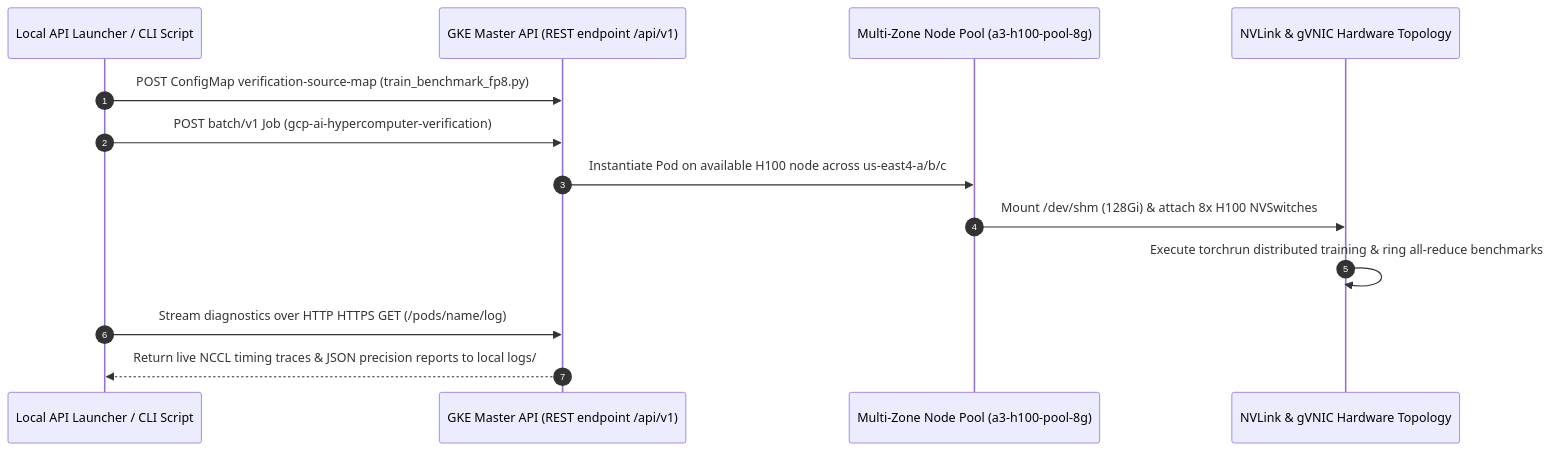
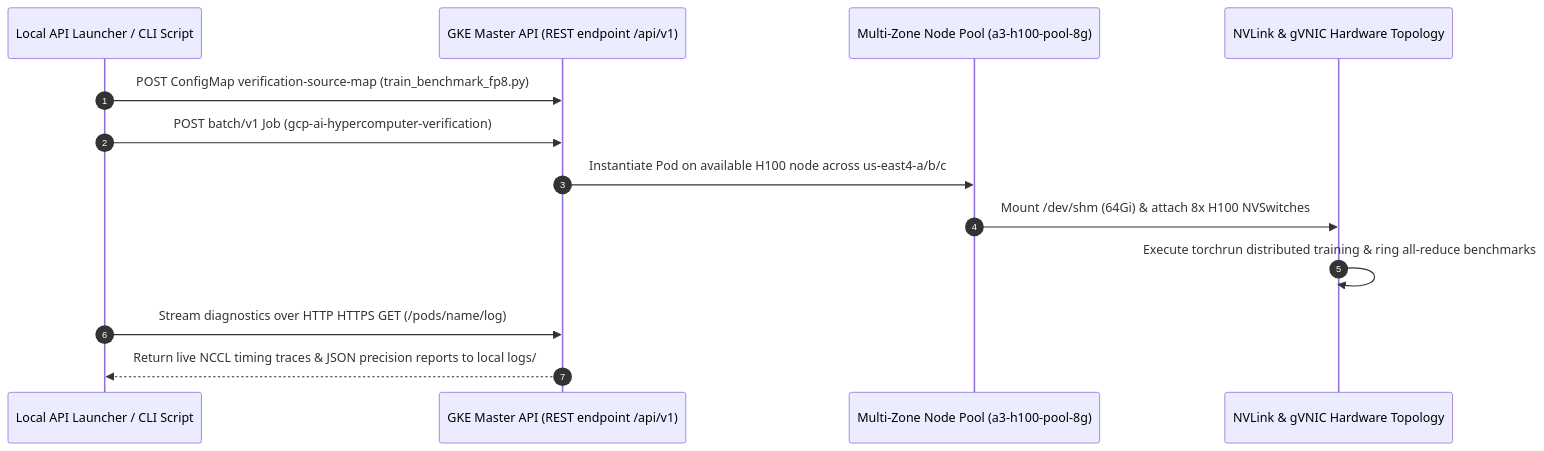
One commit to elideng-sg/hypercomputer-training-jobs changed the fourth of 4 diagrams in ARCHITECTURE.md. Above: the diagram before and after it, drawn with Mermaid. The commit also changed other lines of this file and 31 other files, not shown here.

````diff
--- a/ARCHITECTURE.md
+++ b/ARCHITECTURE.md
@@ -132,16 +134,16 @@
 ```mermaid
 sequenceDiagram
     autonumber
     participant Dev as Local API Launcher / CLI Script
     participant API as GKE Master API (REST endpoint /api/v1)
     participant Pool as Multi-Zone Node Pool (a3-h100-pool-8g)
     participant Fabric as NVLink & gVNIC Hardware Topology
 
     Dev->>API: POST ConfigMap verification-source-map (train_benchmark_fp8.py)
     Dev->>API: POST batch/v1 Job (gcp-ai-hypercomputer-verification)
     API->>Pool: Instantiate Pod on available H100 node across us-east4-a/b/c
-    Pool->>Fabric: Mount /dev/shm (128Gi) & attach 8x H100 NVSwitches
+    Pool->>Fabric: Mount /dev/shm (64Gi) & attach 8x H100 NVSwitches
     Fabric->>Fabric: Execute torchrun distributed training & ring all-reduce benchmarks
     Dev->>API: Stream diagnostics over HTTP HTTPS GET (/pods/name/log)
     API-->>Dev: Return live NCCL timing traces & JSON precision reports to local logs/
 ```
````
